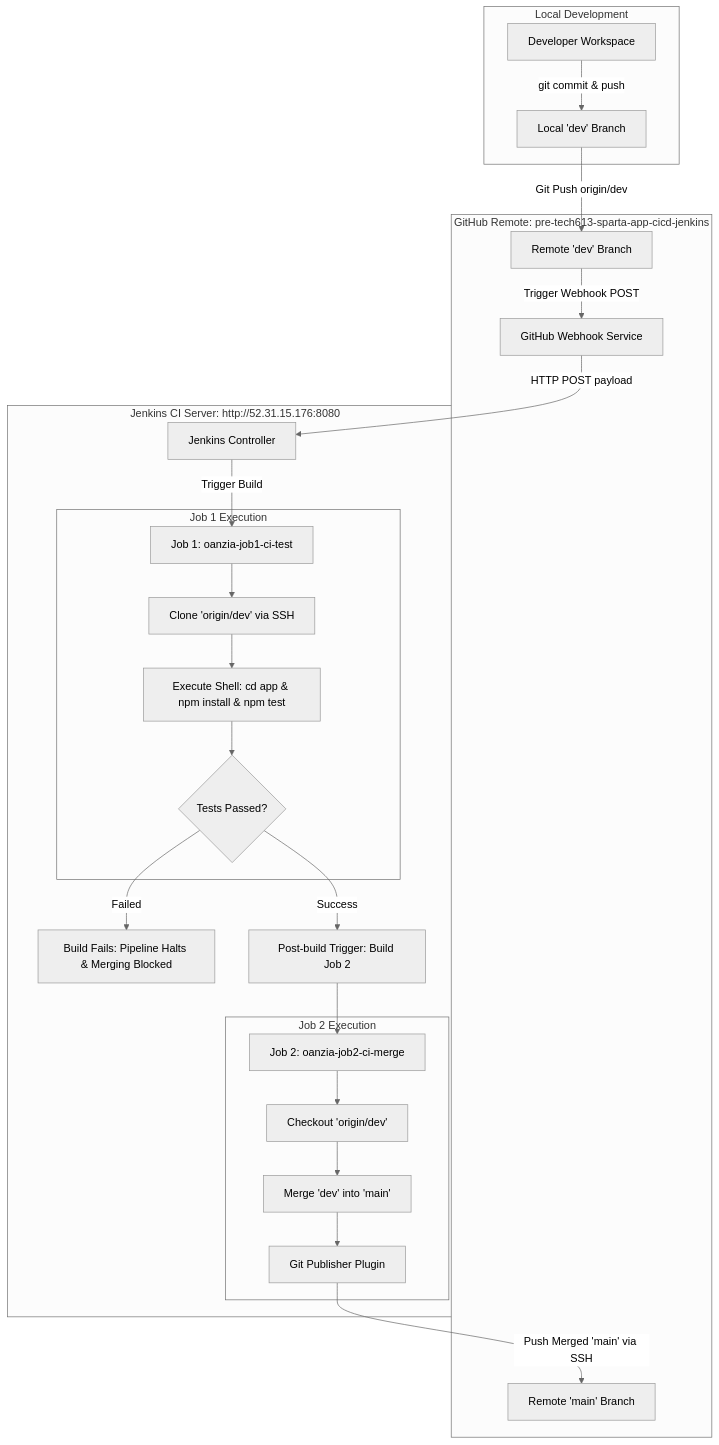
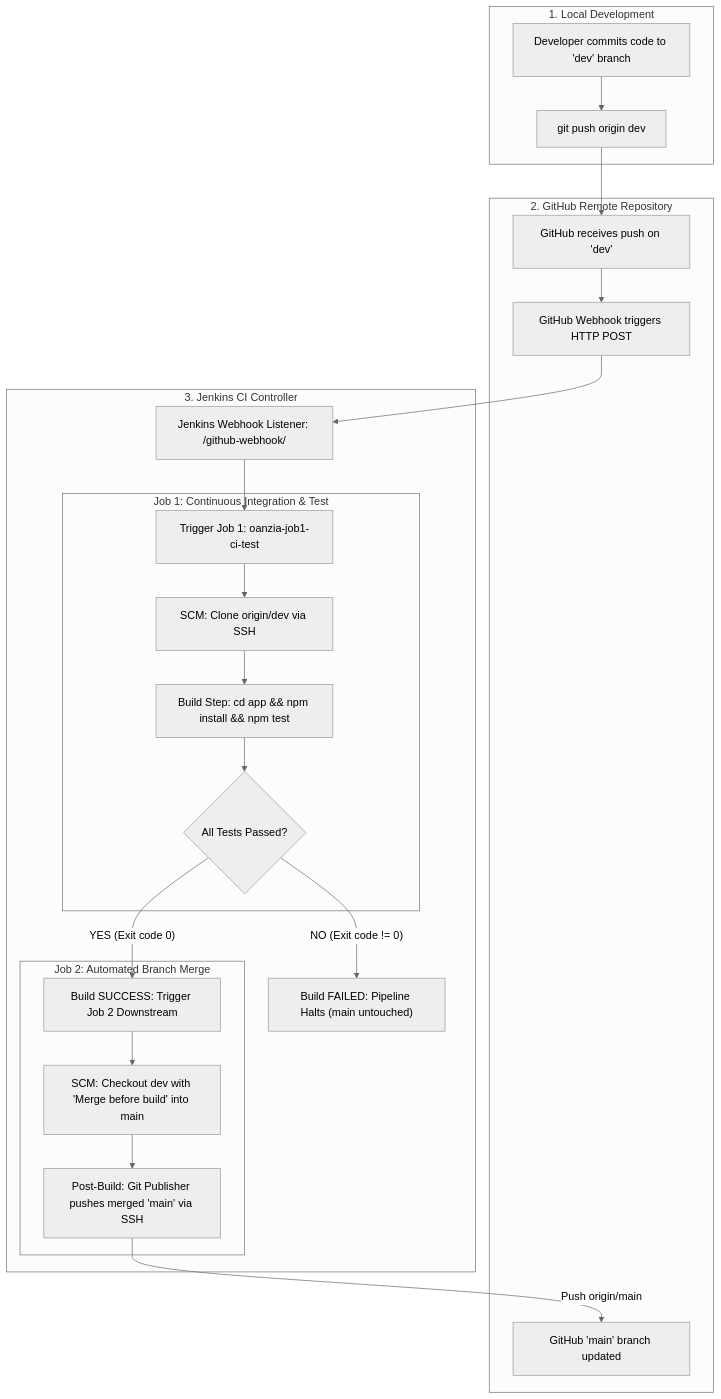
One commit to oanzia99/pre-tech613-sparta-app-cicd-jenkins changed the first of 2 diagrams in CI_CD_DOCUMENTATION.md. Above: the diagram before and after it, drawn with Mermaid (neutral theme). The commit also changed other lines of this file and 1 other file, not shown here.

````diff
--- a/CI_CD_DOCUMENTATION.md
+++ b/CI_CD_DOCUMENTATION.md
@@ -42,36 +50,33 @@
 ```mermaid
 flowchart TD
-    subgraph Local Development
-        Dev[Developer Workspace] -->|git commit & push| DevBranch[Local 'dev' Branch]
+    subgraph S1["1. Local Development"]
+        A["Developer commits code to 'dev' branch"] --> B["git push origin dev"]
     end
 
-    subgraph GitHub Remote: pre-tech613-sparta-app-cicd-jenkins
-        DevBranch -->|Git Push origin/dev| GHDev[Remote 'dev' Branch]
-        GHDev -->|Trigger Webhook POST| Webhook[GitHub Webhook Service]
-        GHMain[Remote 'main' Branch]
+    subgraph S2["2. GitHub Remote Repository"]
+        B --> C["GitHub receives push on 'dev'"]
+        C --> D["GitHub Webhook triggers HTTP POST"]
+        M["GitHub 'main' branch updated"]
     end
 
-    subgraph Jenkins CI Server: http://52.31.15.176:8080
-        Webhook -->|HTTP POST payload| JServer[Jenkins Controller]
-        JServer -->|Trigger Build| Job1["Job 1: oanzia-job1-ci-test"]
-        
-        subgraph Job 1 Execution
-            Job1 --> SCM1[Clone 'origin/dev' via SSH]
-            SCM1 --> Shell1[Execute Shell: cd app & npm install & npm test]
-            Shell1 --> TestCheck{Tests Passed?}
+    subgraph S3["3. Jenkins CI Controller"]
+        D --> E["Jenkins Webhook Listener: /github-webhook/"]
+        E --> F["Trigger Job 1: oanzia-job1-ci-test"]
+
+        subgraph Job1["Job 1: Continuous Integration & Test"]
+            F --> G["SCM: Clone origin/dev via SSH"]
+            G --> H["Build Step: cd app && npm install && npm test"]
+            H --> I{"All Tests Passed?"}
         end
-        
-        TestCheck -- Failed --> FailureAlert[Build Fails: Pipeline Halts & Merging Blocked]
-        TestCheck -- Success --> TriggerJob2[Post-build Trigger: Build Job 2]
-        
-        TriggerJob2 --> Job2["Job 2: oanzia-job2-ci-merge"]
-        
-        subgraph Job 2 Execution
-            Job2 --> SCM2[Checkout 'origin/dev']
-            SCM2 --> MergeAction[Merge 'dev' into 'main']
-            MergeAction --> GitPublisher[Git Publisher Plugin]
+
+        I -- "NO (Exit code != 0)" --> J["Build FAILED: Pipeline Halts (main untouched)"]
+        I -- "YES (Exit code 0)" --> K["Build SUCCESS: Trigger Job 2 Downstream"]
+
+        subgraph Job2["Job 2: Automated Branch Merge"]
+            K --> L["SCM: Checkout dev with 'Merge before build' into main"]
+            L --> N["Post-Build: Git Publisher pushes merged 'main' via SSH"]
         end
     end
 
-    GitPublisher -->|Push Merged 'main' via SSH| GHMain
+    N -->|Push origin/main| M
 ```
````
